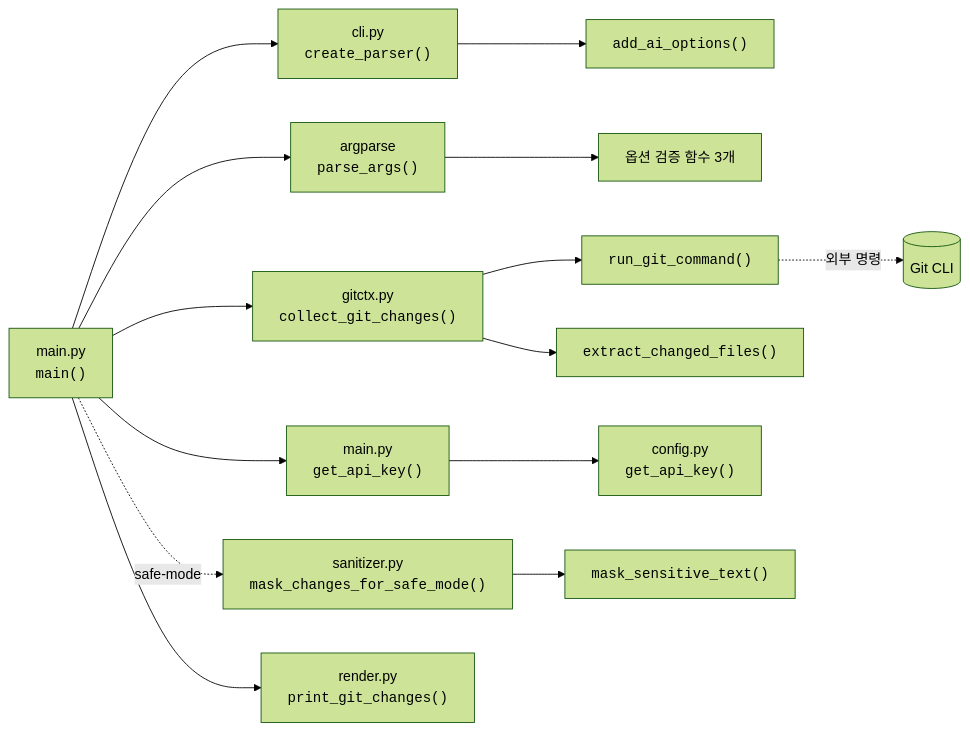
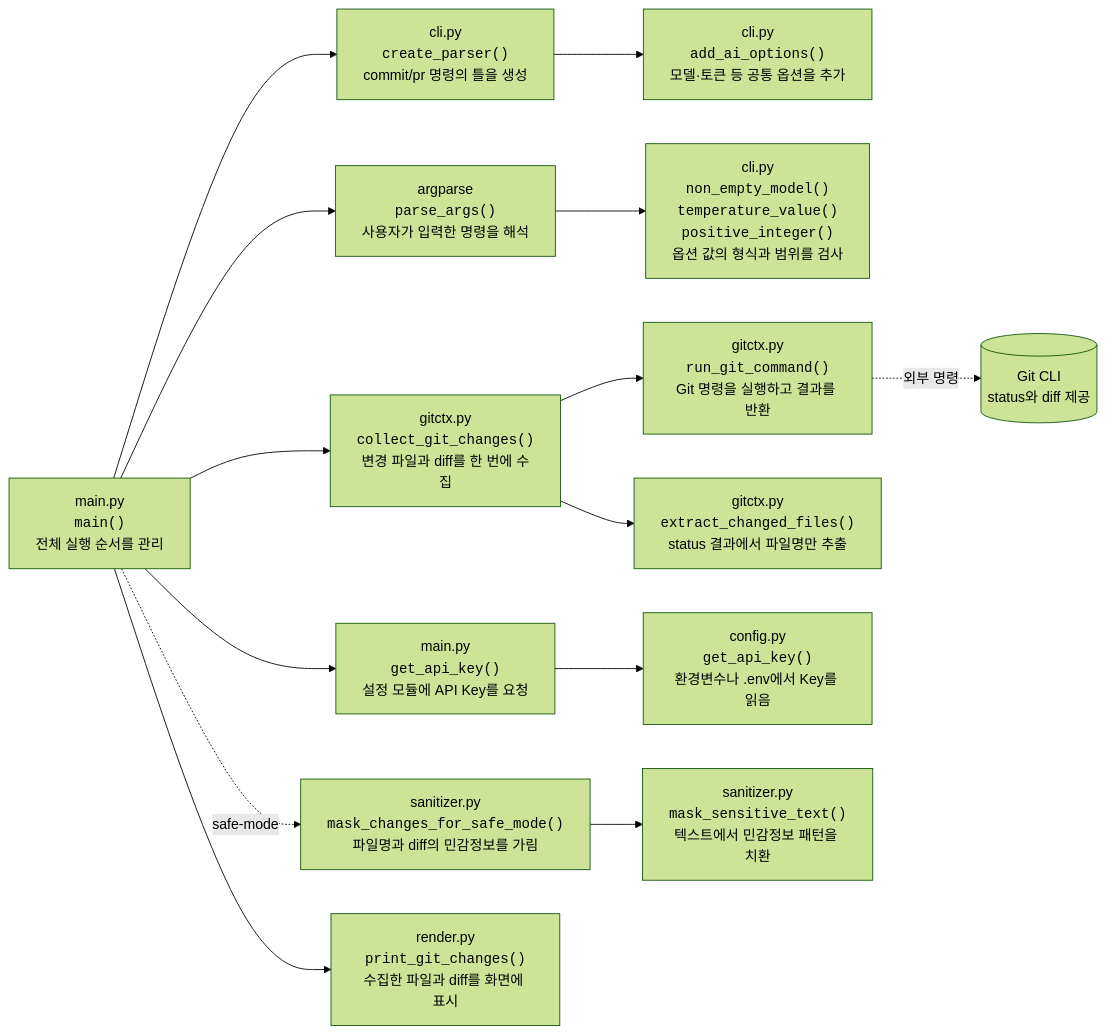
The first of 4 diagrams in docs/design/function-call-flow.md (bllancck/B3-2.git-ai-generator), drawn with Mermaid (forest theme) before and after one commit. The commit also changed other lines of this file and 1 other file, not shown here.

Commit message:
docs: clarify function call diagrams

````diff
--- a/docs/design/function-call-flow.md
+++ b/docs/design/function-call-flow.md
@@ -7,21 +16,21 @@
 ```mermaid
 flowchart LR
-    Main["main.py<br/><code>main()</code>"]
+    Main["main.py<br/><code>main()</code><br/>전체 실행 순서를 관리"]
 
-    Main --> Parser["cli.py<br/><code>create_parser()</code>"]
-    Parser --> Options["<code>add_ai_options()</code>"]
-    Main --> ParseArgs["argparse<br/><code>parse_args()</code>"]
-    ParseArgs --> Validators["옵션 검증 함수 3개"]
+    Main --> Parser["cli.py<br/><code>create_parser()</code><br/>commit/pr 명령의 틀을 생성"]
+    Parser --> Options["cli.py<br/><code>add_ai_options()</code><br/>모델·토큰 등 공통 옵션을 추가"]
+    Main --> ParseArgs["argparse<br/><code>parse_args()</code><br/>사용자가 입력한 명령을 해석"]
+    ParseArgs --> Validators["cli.py<br/><code>non_empty_model()</code><br/><code>temperature_value()</code><br/><code>positive_integer()</code><br/>옵션 값의 형식과 범위를 검사"]
 
-    Main --> Collect["gitctx.py<br/><code>collect_git_changes()</code>"]
-    Collect --> RunGit["<code>run_git_command()</code>"]
-    Collect --> Extract["<code>extract_changed_files()</code>"]
-    RunGit -. 외부 명령 .-> Git[("Git CLI")]
+    Main --> Collect["gitctx.py<br/><code>collect_git_changes()</code><br/>변경 파일과 diff를 한 번에 수집"]
+    Collect --> RunGit["gitctx.py<br/><code>run_git_command()</code><br/>Git 명령을 실행하고 결과를 반환"]
+    Collect --> Extract["gitctx.py<br/><code>extract_changed_files()</code><br/>status 결과에서 파일명만 추출"]
+    RunGit -. 외부 명령 .-> Git[("Git CLI<br/>status와 diff 제공")]
 
-    Main --> MainKey["main.py<br/><code>get_api_key()</code>"]
-    MainKey --> ConfigKey["config.py<br/><code>get_api_key()</code>"]
+    Main --> MainKey["main.py<br/><code>get_api_key()</code><br/>설정 모듈에 API Key를 요청"]
+    MainKey --> ConfigKey["config.py<br/><code>get_api_key()</code><br/>환경변수나 .env에서 Key를 읽음"]
 
-    Main -. safe-mode .-> Mask["sanitizer.py<br/><code>mask_changes_for_safe_mode()</code>"]
-    Mask --> MaskText["<code>mask_sensitive_text()</code>"]
-    Main --> Preview["render.py<br/><code>print_git_changes()</code>"]
+    Main -. safe-mode .-> Mask["sanitizer.py<br/><code>mask_changes_for_safe_mode()</code><br/>파일명과 diff의 민감정보를 가림"]
+    Mask --> MaskText["sanitizer.py<br/><code>mask_sensitive_text()</code><br/>텍스트에서 민감정보 패턴을 치환"]
+    Main --> Preview["render.py<br/><code>print_git_changes()</code><br/>수집한 파일과 diff를 화면에 표시"]
 ```
````
